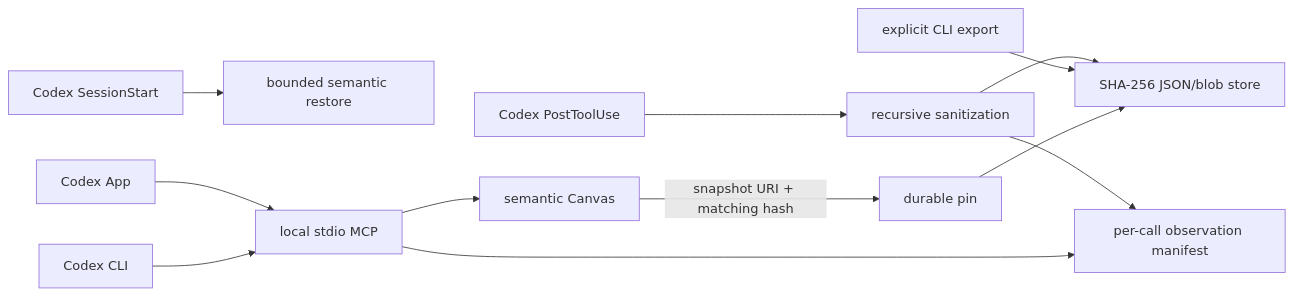
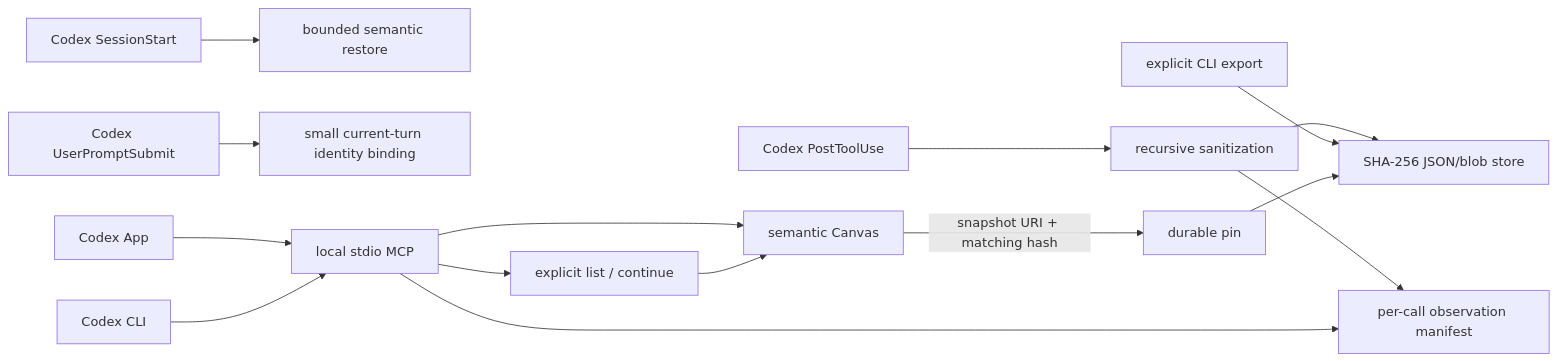
Before and after one commit to phenomenoner/Chatgpt-Codex-App-Plus: the diagram in docs/context-canvas-codex.md, drawn with Mermaid. The commit also changed other lines of this file and 21 other files, not shown here.

````diff
--- a/docs/context-canvas-codex.md
+++ b/docs/context-canvas-codex.md
@@ -30,14 +31,17 @@
 ```mermaid
 flowchart LR
     SS["Codex SessionStart"] --> SR["bounded semantic restore"]
+    UP["Codex UserPromptSubmit"] --> ID["small current-turn identity binding"]
     PT["Codex PostToolUse"] --> SA["recursive sanitization"]
     SA --> EV["per-call observation manifest"]
     SA --> CAS["SHA-256 JSON/blob store"]
     APP["Codex App"] --> MCP["local stdio MCP"]
     CLI["Codex CLI"] --> MCP
     MCP --> MAP["semantic Canvas"]
+    MCP --> LINEAGE["explicit list / continue"]
+    LINEAGE --> MAP
     MCP --> EV
     EX["explicit CLI export"] --> CAS
     MAP -->|"snapshot URI + matching hash"| PIN["durable pin"]
     PIN --> CAS
 ```
````
